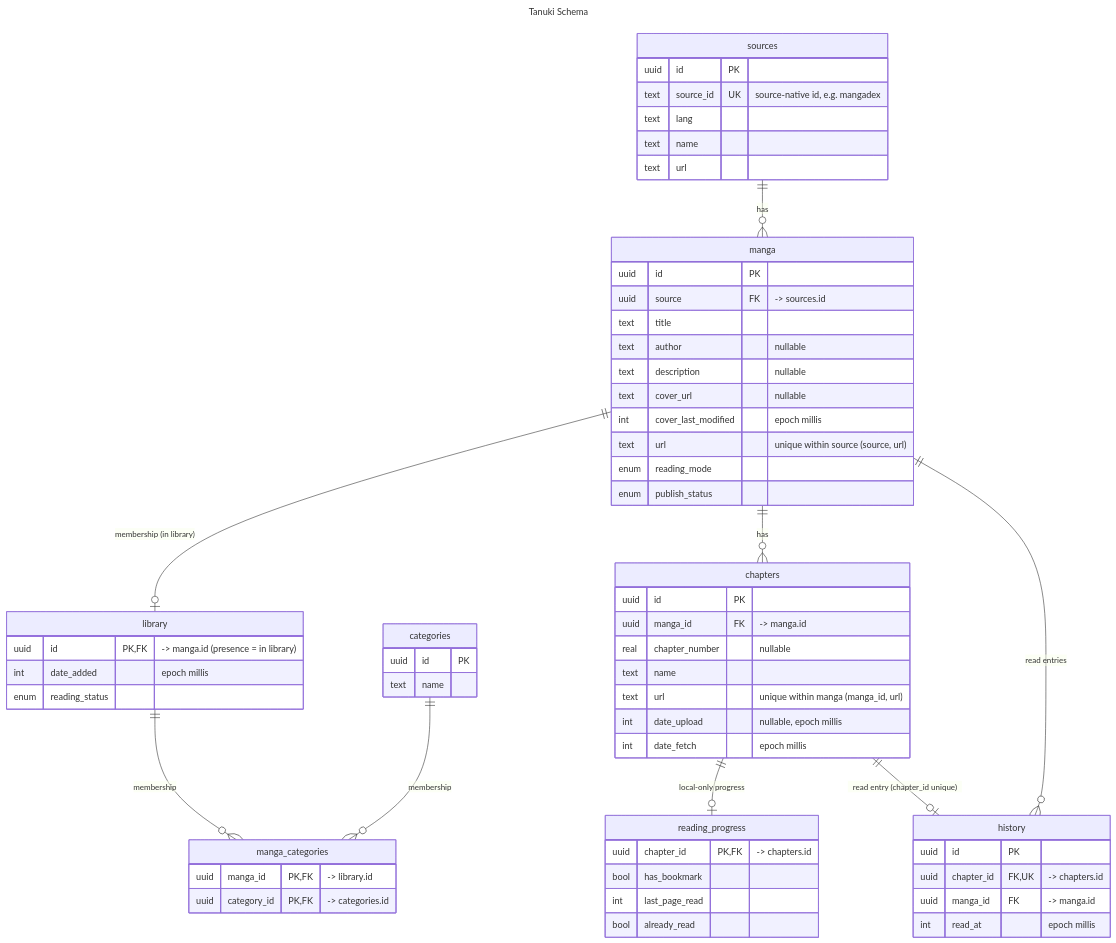
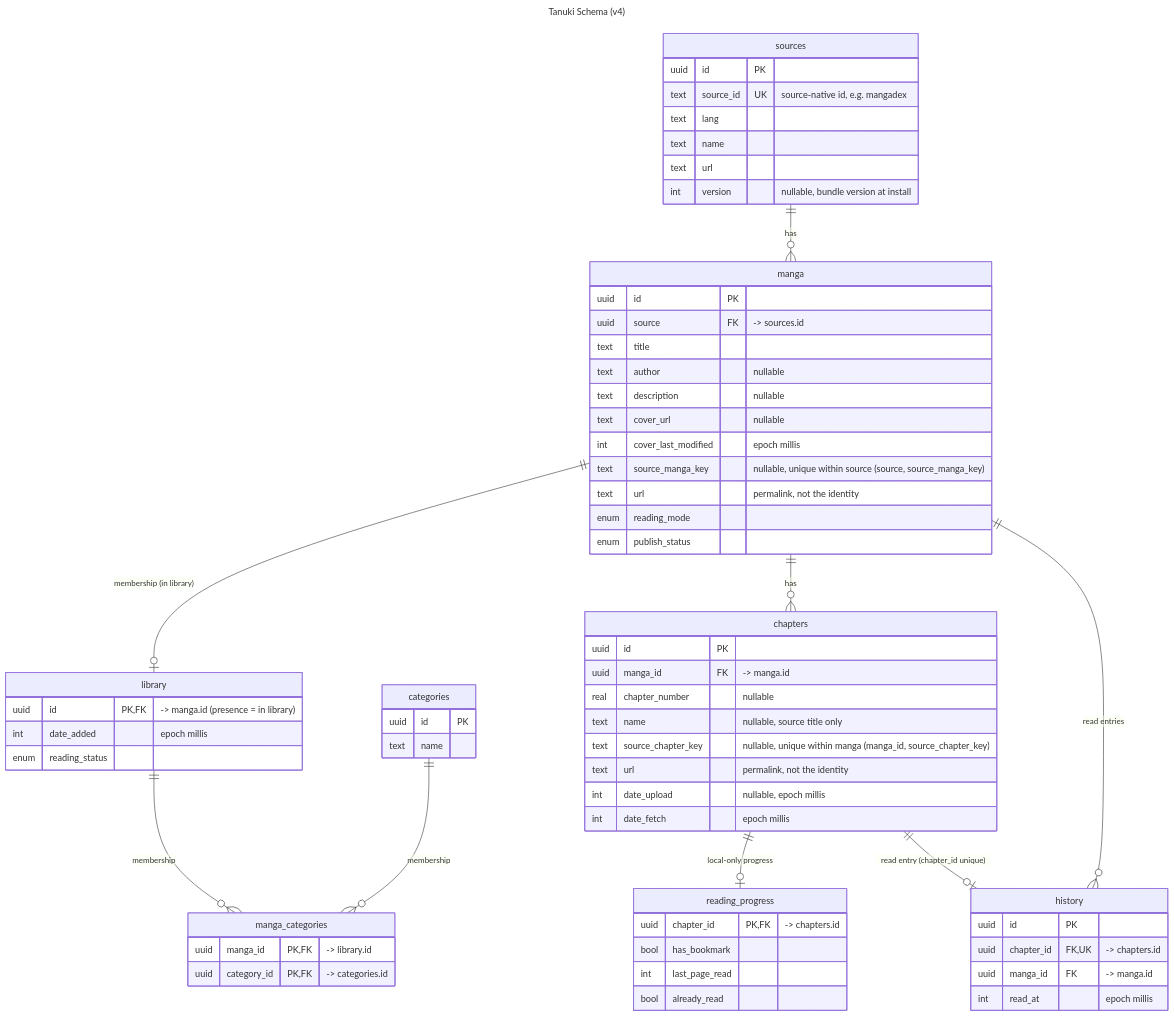
One commit to tanuki-reader/tanuki changed the diagram in core/data/src/commonMain/kotlin/app/tanuki/core/data/database/schema.mmd. Above: the diagram before and after it, drawn with Mermaid. The commit also changed 58 other files, not shown here.

```diff
--- a/core/data/src/commonMain/kotlin/app/tanuki/core/data/database/schema.mmd
+++ b/core/data/src/commonMain/kotlin/app/tanuki/core/data/database/schema.mmd
@@ -1,73 +1,79 @@
 ---
-title: Tanuki Schema
+title: Tanuki Schema (v4)
 ---
+%% Source-owned rows carry two identities: the local uuid PK, and the source-native key a refresh
+%% matches them back by (manga.source_manga_key, chapters.source_chapter_key). `url` is a display
+%% permalink on both — sources need not publish a per-record one, so it isn't unique.
 erDiagram
     sources {
         uuid id PK
         text source_id UK "source-native id, e.g. mangadex"
         text lang
         text name
         text url
+        int version "nullable, bundle version at install"
     }
 
     manga {
         uuid id PK
         uuid source FK "-> sources.id"
         text title
         text author "nullable"
         text description "nullable"
         text cover_url "nullable"
         int cover_last_modified "epoch millis"
-        text url "unique within source (source, url)"
+        text source_manga_key "nullable, unique within source (source, source_manga_key)"
+        text url "permalink, not the identity"
         enum reading_mode
         enum publish_status
     }
 
     library {
         uuid id PK,FK "-> manga.id (presence = in library)"
         int date_added "epoch millis"
         enum reading_status
     }
 
     chapters {
         uuid id PK
         uuid manga_id FK "-> manga.id"
         real chapter_number "nullable"
-        text name
-        text url "unique within manga (manga_id, url)"
+        text name "nullable, source title only"
+        text source_chapter_key "nullable, unique within manga (manga_id, source_chapter_key)"
+        text url "permalink, not the identity"
         int date_upload "nullable, epoch millis"
         int date_fetch "epoch millis"
     }
 
     reading_progress {
         uuid chapter_id PK,FK "-> chapters.id"
         bool has_bookmark
         int last_page_read
         bool already_read
     }
 
     history {
         uuid id PK
         uuid chapter_id FK,UK "-> chapters.id"
         uuid manga_id FK "-> manga.id"
         int read_at "epoch millis"
     }
 
     categories {
         uuid id PK
         text name
     }
 
     manga_categories {
         uuid manga_id PK,FK "-> library.id"
         uuid category_id PK,FK "-> categories.id"
     }
 
     sources          ||--o{ manga            : "has"
     manga            ||--o| library          : "membership (in library)"
     manga            ||--o{ chapters          : "has"
     chapters         ||--o| reading_progress  : "local-only progress"
     chapters         ||--o| history           : "read entry (chapter_id unique)"
     manga            ||--o{ history           : "read entries"
     library          ||--o{ manga_categories  : "membership"
     categories       ||--o{ manga_categories  : "membership"
```
